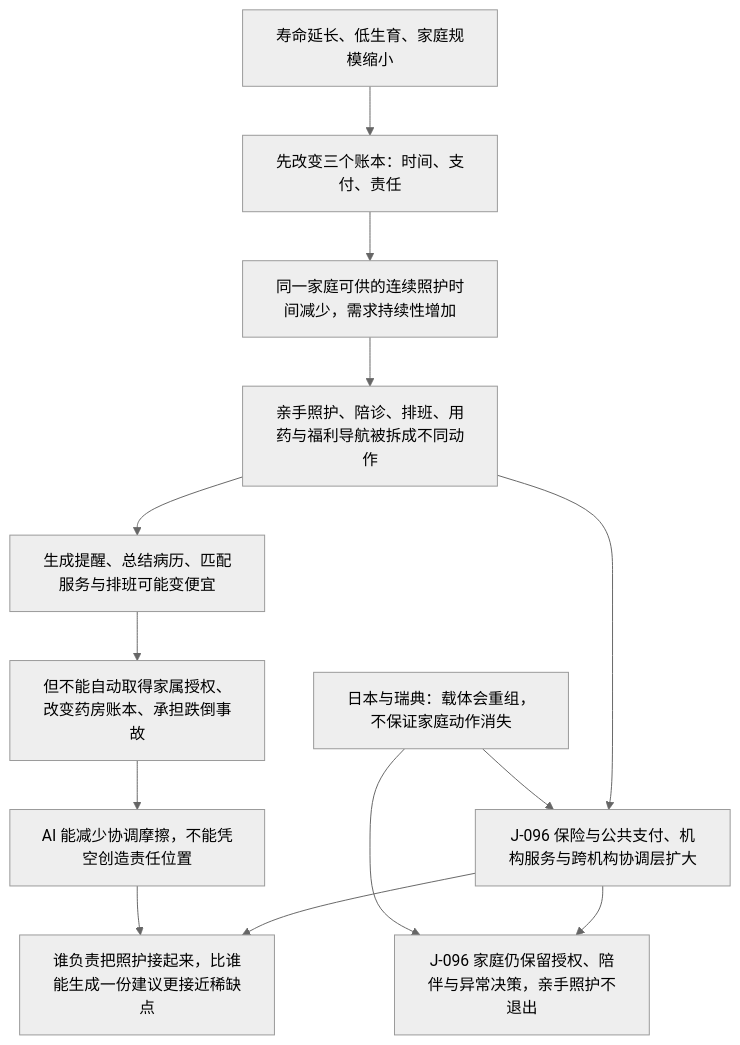
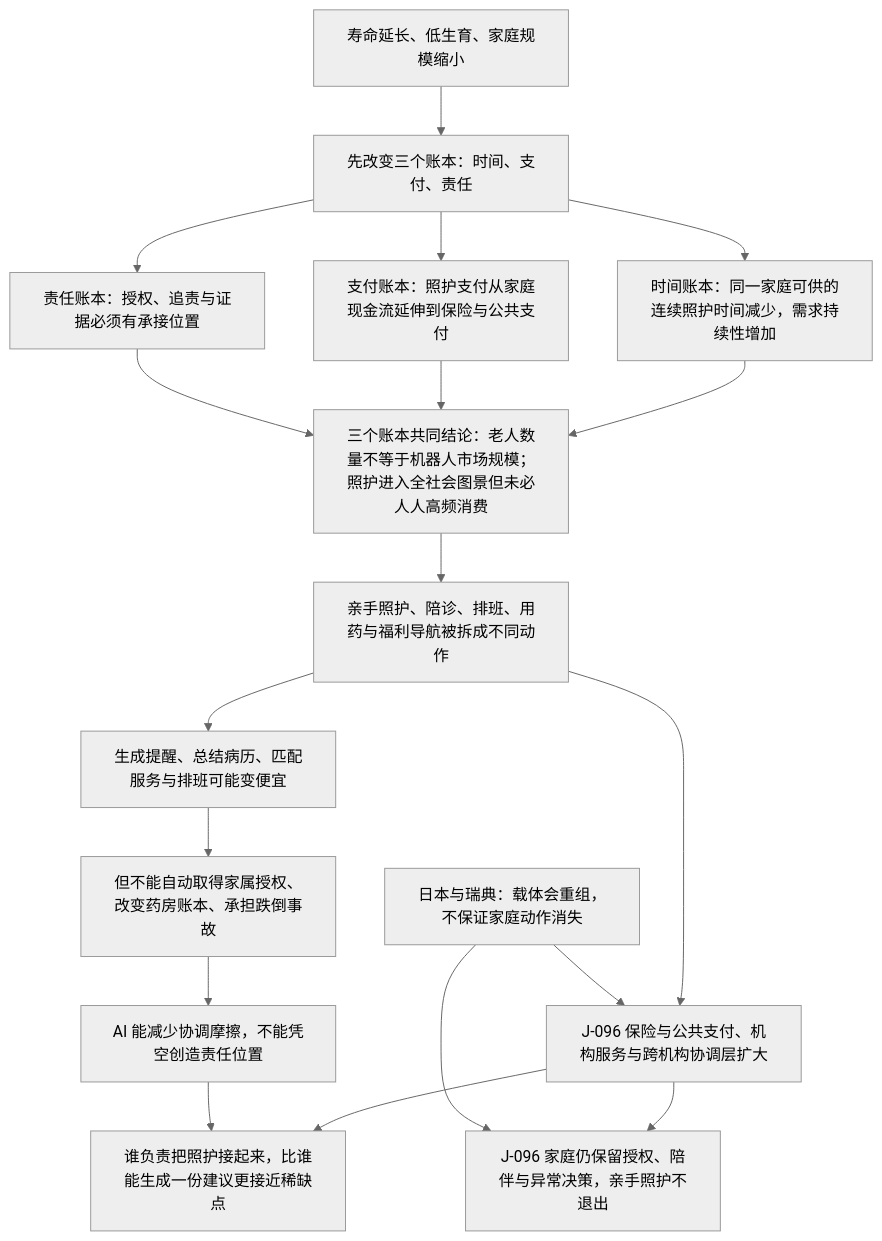
Before and after one commit to SenZhangAI/foresight-by-ai: the first of 2 diagrams in docs/zh/chains/90-aging-care-and-institutional-substitution.md, drawn with Mermaid (neutral theme). The commit also changed 10 other files, not shown here.

First line of the commit message:
feat(qa): validate chain and navigation Mermaid projections

````diff
--- a/docs/zh/chains/90-aging-care-and-institutional-substitution.md
+++ b/docs/zh/chains/90-aging-care-and-institutional-substitution.md
@@ -61,15 +61,20 @@
 ```mermaid
 flowchart TD
   ADEMO["寿命延长、低生育、家庭规模缩小"] --> ALEDGER["先改变三个账本：时间、支付、责任"]
-  ALEDGER --> ATIME["同一家庭可供的连续照护时间减少，需求持续性增加"]
-  ATIME --> ASPLIT["亲手照护、陪诊、排班、用药与福利导航被拆成不同动作"]
+  ALEDGER --> ATIME["时间账本：同一家庭可供的连续照护时间减少，需求持续性增加"]
+  ALEDGER --> APAY["支付账本：照护支付从家庭现金流延伸到保险与公共支付"]
+  ALEDGER --> ARESP["责任账本：授权、追责与证据必须有承接位置"]
+  ATIME --> ASCALE["三个账本共同结论：老人数量不等于机器人市场规模；照护进入全社会图景但未必人人高频消费"]
+  APAY --> ASCALE
+  ARESP --> ASCALE
+  ASCALE --> ASPLIT["亲手照护、陪诊、排班、用药与福利导航被拆成不同动作"]
   ASPLIT --> AFORMAL["J-096 保险与公共支付、机构服务与跨机构协调层扩大"]
   AHIST["日本与瑞典：载体会重组，不保证家庭动作消失"] --> AFORMAL
   ASPLIT --> ACHEAP["生成提醒、总结病历、匹配服务与排班可能变便宜"]
   ACHEAP --> ALIMIT["但不能自动取得家属授权、改变药房账本、承担跌倒事故"]
   ALIMIT --> ANOPOS["AI 能减少协调摩擦，不能凭空创造责任位置"]
   AFORMAL --> ASCARCE["谁负责把照护接起来，比谁能生成一份建议更接近稀缺点"]
   ANOPOS --> ASCARCE
   AFORMAL --> AFAMILY["J-096 家庭仍保留授权、陪伴与异常决策，亲手照护不退出"]
   AHIST --> AFAMILY
 ```
````
